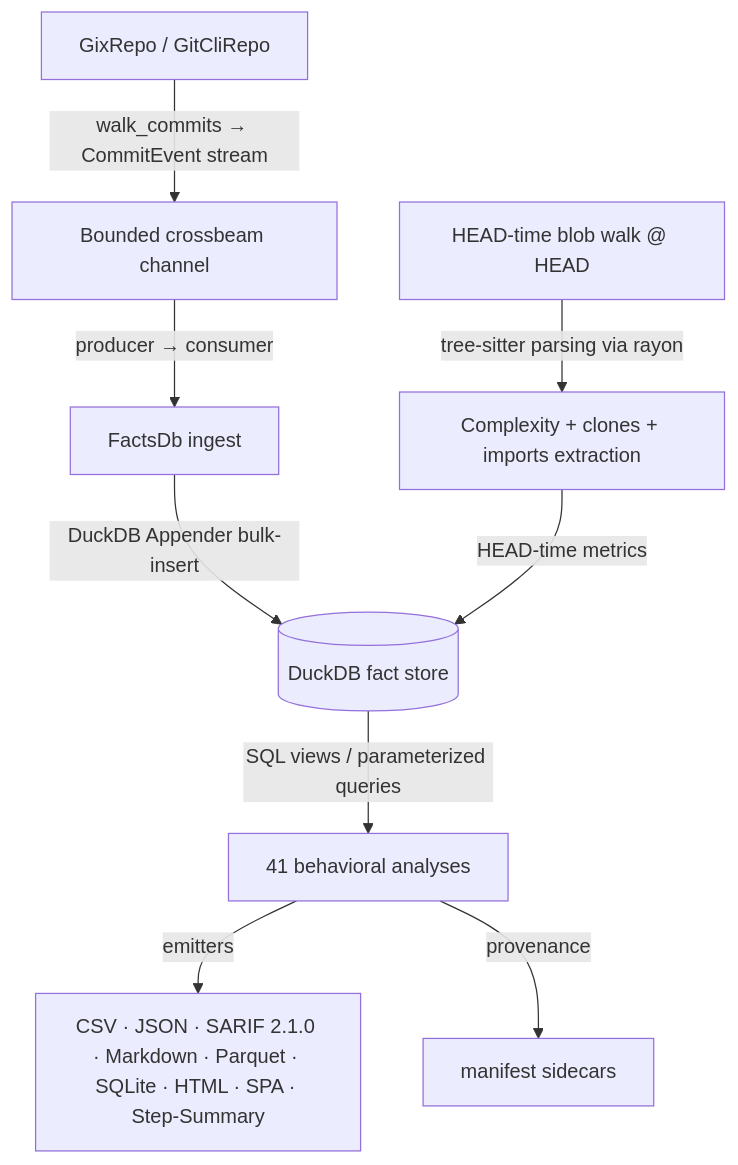
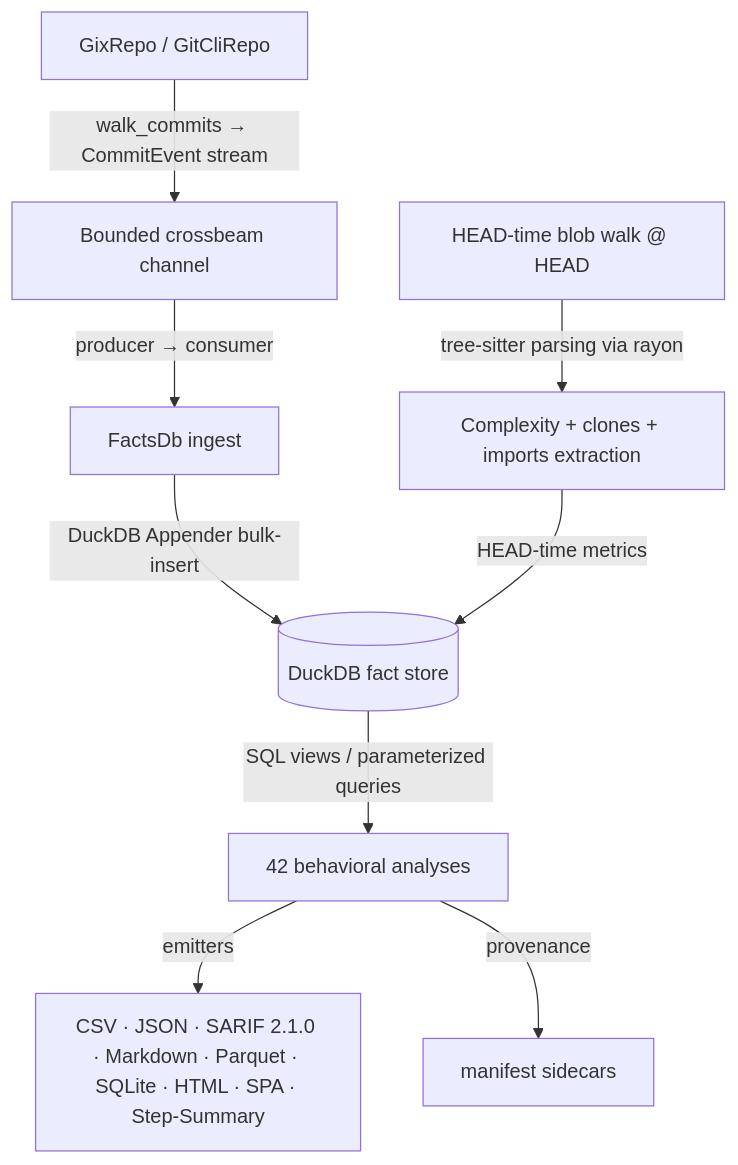
Before and after one commit to emrecdr/codelore: the diagram in docs/codebase_analysis.md, drawn with Mermaid. The commit also changed other lines of this file and 18 other files, not shown here.

First line of the commit message:
feat: architectural CI gate + cycle-origins + SPA decay chart

````diff
--- a/docs/codebase_analysis.md
+++ b/docs/codebase_analysis.md
@@ -29,11 +29,11 @@
 ```mermaid
 graph TD
     A[GixRepo / GitCliRepo] -->|walk_commits → CommitEvent stream| B[Bounded crossbeam channel]
     B -->|producer → consumer| C[FactsDb ingest]
     C -->|DuckDB Appender bulk-insert| D[(DuckDB fact store)]
     E[HEAD-time blob walk @ HEAD] -->|tree-sitter parsing via rayon| F[Complexity + clones + imports extraction]
     F -->|HEAD-time metrics| D
-    D -->|SQL views / parameterized queries| G[41 behavioral analyses]
+    D -->|SQL views / parameterized queries| G[42 behavioral analyses]
     G -->|emitters| H[CSV · JSON · SARIF 2.1.0 · Markdown · Parquet · SQLite · HTML · SPA · Step-Summary]
     G -->|provenance| I[manifest sidecars]
 ```
````
